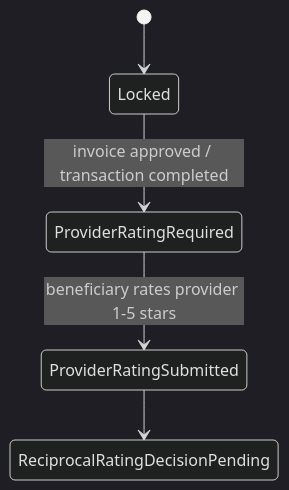
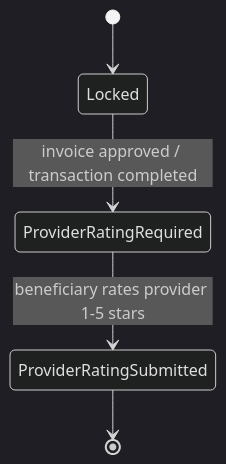
One commit to Yadd-SanaaUniversityGraduationProject/yadd changed the fifth of 7 diagrams in docs/03-analysis/07-lifecycles.md. Above: the diagram before and after it, drawn with Mermaid (dark theme). The commit also changed other lines of this file, not shown here.

Commit message:
analysis: close rating and deposit lifecycle gaps

````diff
--- a/docs/03-analysis/07-lifecycles.md
+++ b/docs/03-analysis/07-lifecycles.md
@@ -102,7 +111,7 @@
 ```mermaid
 stateDiagram-v2
     [*] --> Locked
     Locked --> ProviderRatingRequired: invoice approved / transaction completed
     ProviderRatingRequired --> ProviderRatingSubmitted: beneficiary rates provider 1-5 stars
-    ProviderRatingSubmitted --> ReciprocalRatingDecisionPending
+    ProviderRatingSubmitted --> [*]
 ```
````
